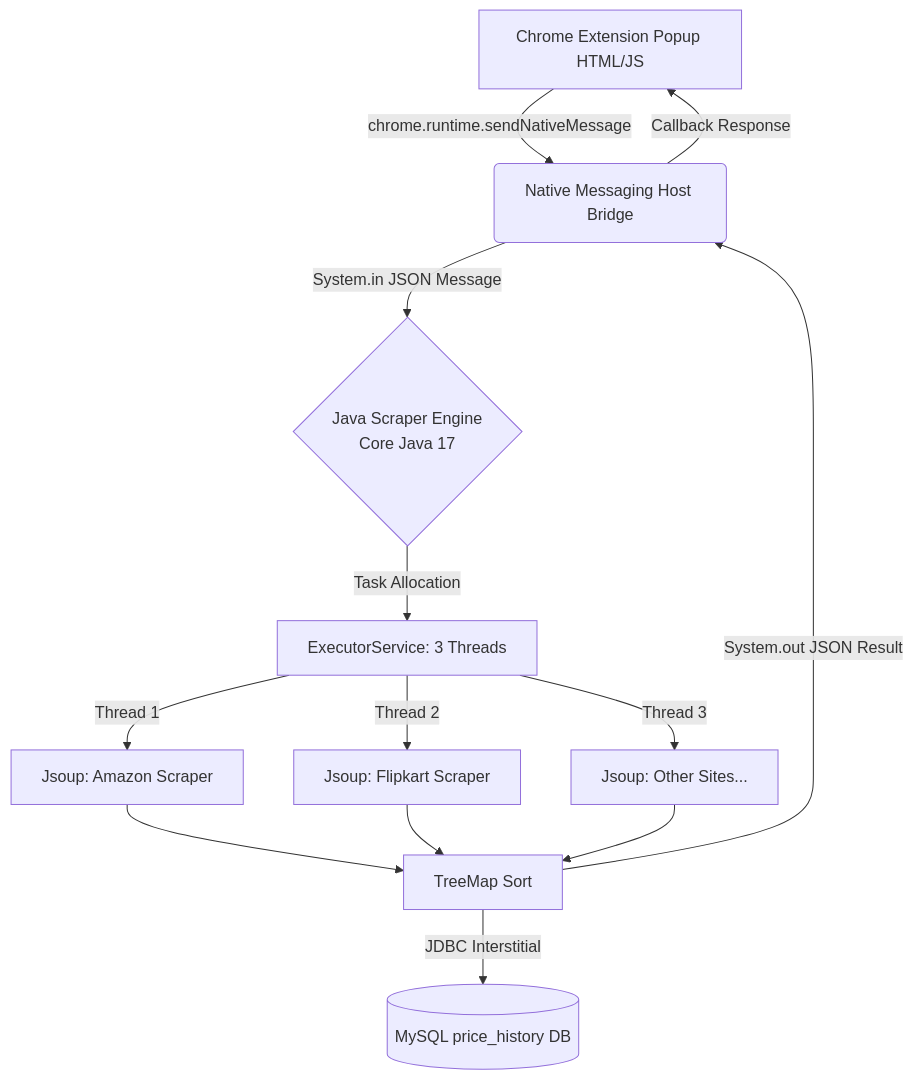
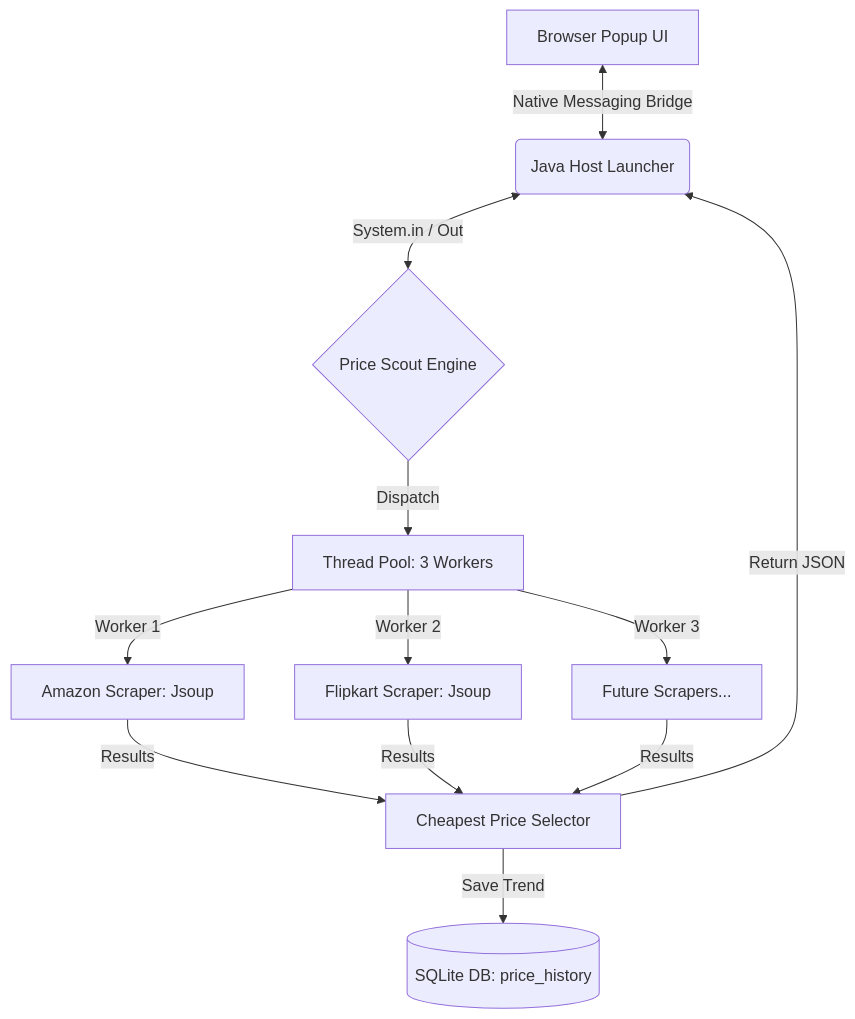
Before and after one commit to purvanshjoshi/Price-Tracker: the diagram in README.md, drawn with Mermaid. The commit also changed other lines of this file, not shown here.

````diff
--- a/README.md
+++ b/README.md
@@ -45,15 +34,15 @@
 ```mermaid
 graph TD
-    A[Chrome Extension Popup HTML/JS] -->|chrome.runtime.sendNativeMessage| B(Native Messaging Host Bridge)
-    B -->|System.in JSON Message| C{Java Scraper Engine <br/> Core Java 17}
-    C -->|Task Allocation| D[ExecutorService: 3 Threads]
-    D -->|Thread 1| E[Jsoup: Amazon Scraper]
-    D -->|Thread 2| F[Jsoup: Flipkart Scraper]
-    D -->|Thread 3| G[Jsoup: Other Sites...]
-    E --> H[TreeMap Sort]
-    F --> H
-    G --> H
-    H -->|System.out JSON Result| B
-    B -->|Callback Response| A
-    H -->|JDBC Interstitial| I[(MySQL price_history DB)]
+    A[Browser Popup UI] <-->|Native Messaging Bridge| B(Java Host Launcher)
+    B <-->|System.in / Out| C{Price Scout Engine}
+    
+    C -->|Dispatch| D[Thread Pool: 3 Workers]
+    
+    D -->|Worker 1| E[Amazon Scraper: Jsoup]
+    D -->|Worker 2| F[Flipkart Scraper: Jsoup]
+    D -->|Worker 3| G[Future Scrapers...]
+    
+    E & F & G -->|Results| H[Cheapest Price Selector]
+    H -->|Save Trend| I[(SQLite DB: price_history)]
+    H -->|Return JSON| B
 ```
````
